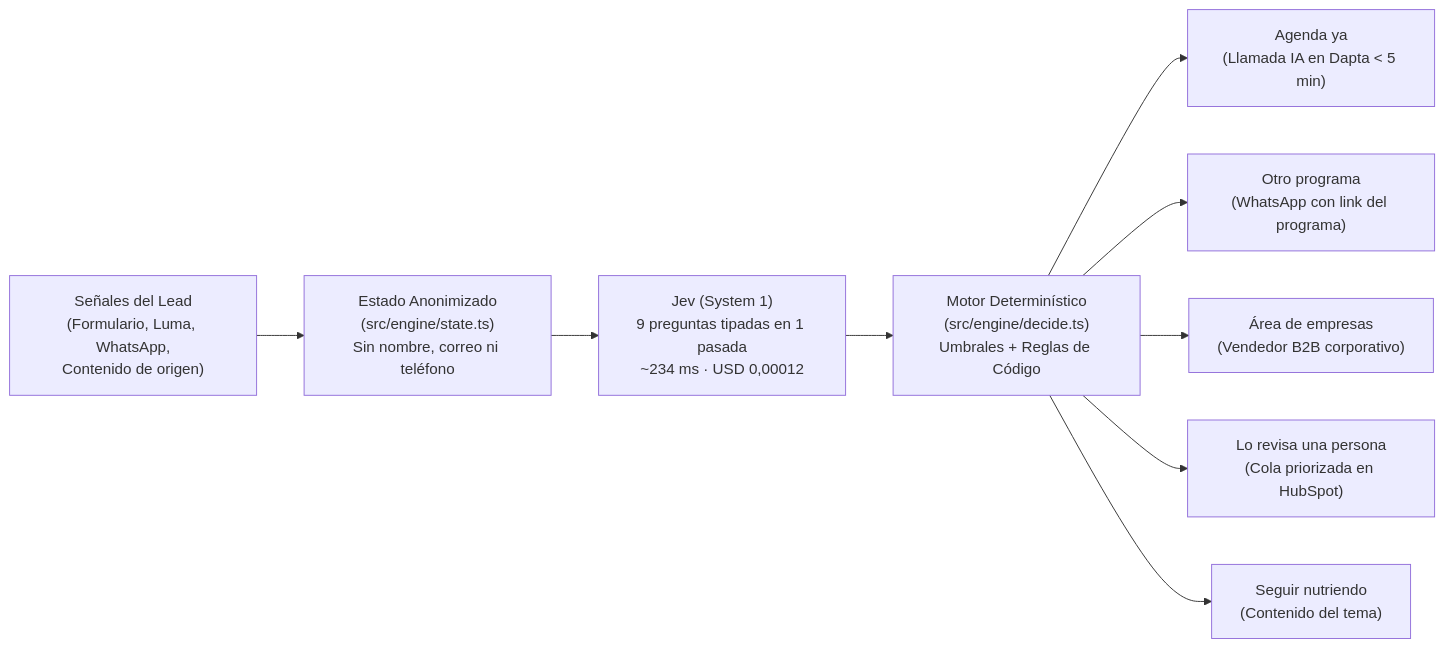
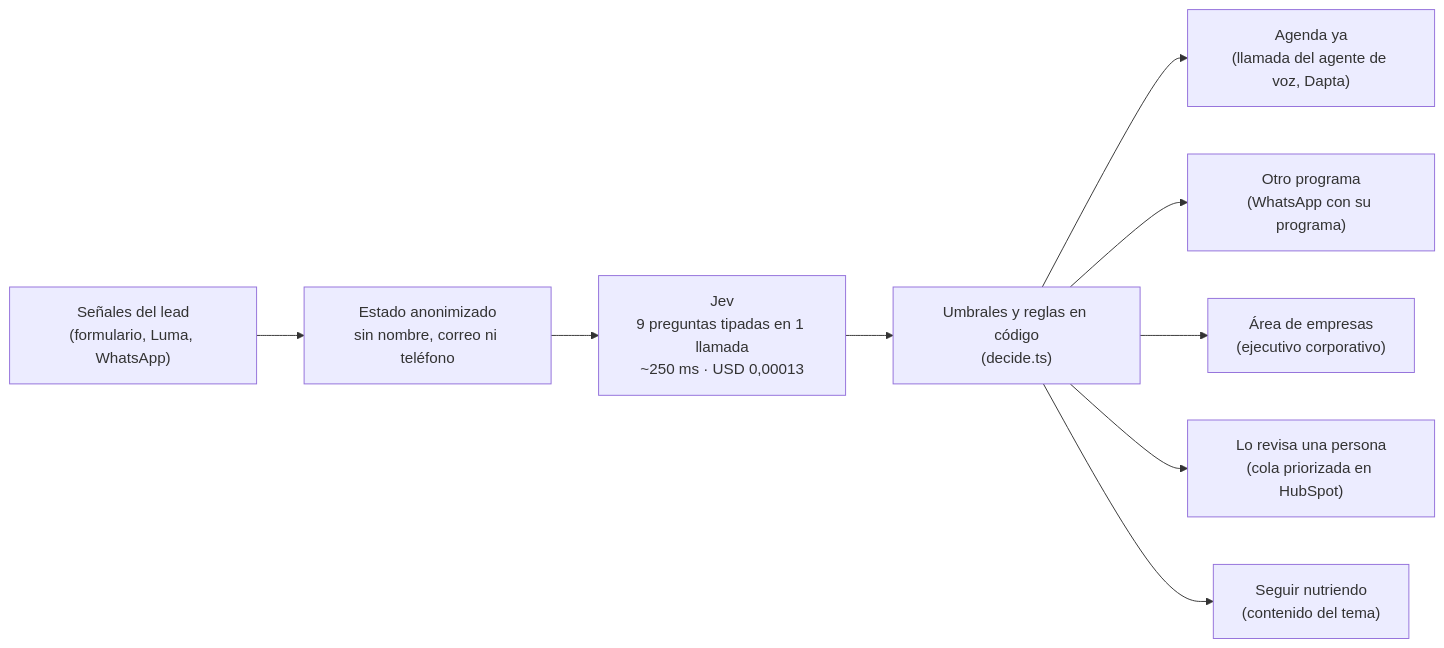
Before and after one commit to juanmapath/leads-router30x: the diagram in docs/playbook.md, drawn with Mermaid. The commit also changed other lines of this file and 2 other files, not shown here.

````diff
--- a/docs/playbook.md
+++ b/docs/playbook.md
@@ -28,11 +27,11 @@
 ```mermaid
 flowchart LR
-    A["Señales del Lead\n(Formulario, Luma, WhatsApp,\nContenido de origen)"] --> B["Estado Anonimizado\n(src/engine/state.ts)\nSin nombre, correo ni teléfono"]
-    B --> C["Jev (System 1)\n9 preguntas tipadas en 1 pasada\n~234 ms · USD 0,00012"]
-    C --> D["Motor Determinístico\n(src/engine/decide.ts)\nUmbrales + Reglas de Código"]
-    D --> E1["Agenda ya\n(Llamada IA en Dapta < 5 min)"]
-    D --> E2["Otro programa\n(WhatsApp con link del programa)"]
-    D --> E3["Área de empresas\n(Vendedor B2B corporativo)"]
-    D --> E4["Lo revisa una persona\n(Cola priorizada en HubSpot)"]
-    D --> E5["Seguir nutriendo\n(Contenido del tema)"]
+    A["Señales del lead\n(formulario, Luma, WhatsApp)"] --> B["Estado anonimizado\nsin nombre, correo ni teléfono"]
+    B --> C["Jev\n9 preguntas tipadas en 1 llamada\n~250 ms · USD 0,00013"]
+    C --> D["Umbrales y reglas en código\n(decide.ts)"]
+    D --> E1["Agenda ya\n(llamada del agente de voz, Dapta)"]
+    D --> E2["Otro programa\n(WhatsApp con su programa)"]
+    D --> E3["Área de empresas\n(ejecutivo corporativo)"]
+    D --> E4["Lo revisa una persona\n(cola priorizada en HubSpot)"]
+    D --> E5["Seguir nutriendo\n(contenido del tema)"]
 ```
````
